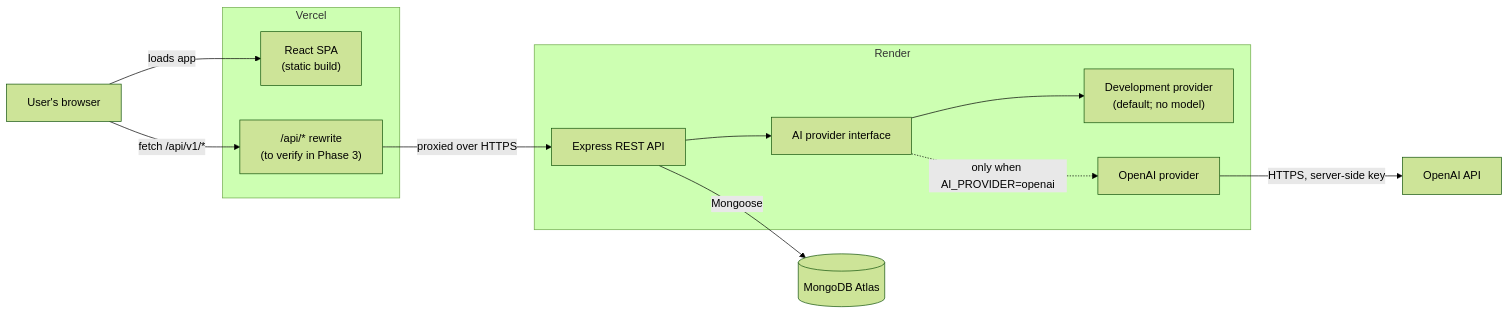
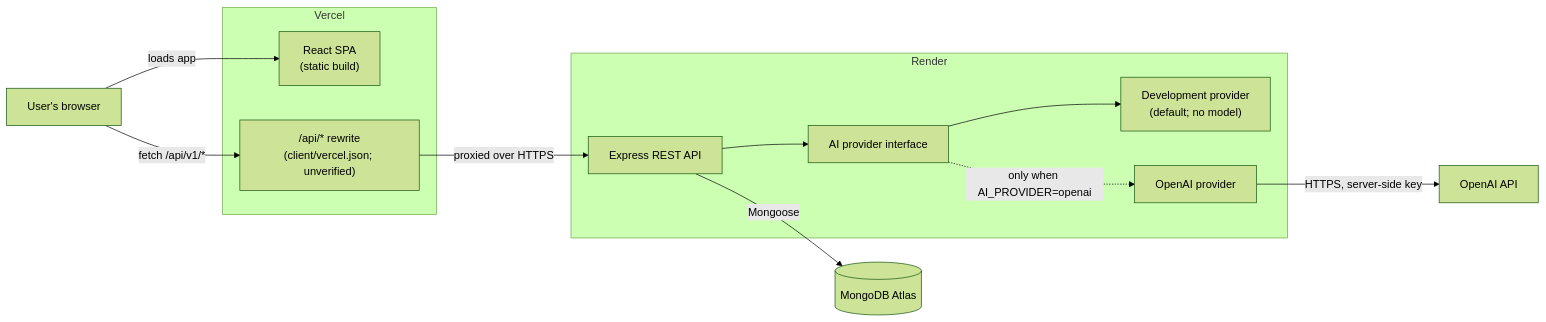
One commit to sudhanshuthakur108-cpu/opspilot-ai changed the first of 2 diagrams in docs/ARCHITECTURE.md. Above: the diagram before and after it, drawn with Mermaid (forest theme). The commit also changed other lines of this file and 15 other files, not shown here.

````diff
--- a/docs/ARCHITECTURE.md
+++ b/docs/ARCHITECTURE.md
@@ -16,28 +16,28 @@
 ```mermaid
 flowchart LR
     user["User's browser"]
 
     subgraph vercel["Vercel"]
         spa["React SPA<br/>(static build)"]
-        rewrite["/api/* rewrite<br/>(to verify in Phase 3)"]
+        rewrite["/api/* rewrite<br/>(client/vercel.json; unverified)"]
     end
 
     subgraph render["Render"]
         api["Express REST API"]
         aiif["AI provider interface"]
         dev["Development provider<br/>(default; no model)"]
         oai["OpenAI provider"]
     end
 
     db[("MongoDB Atlas")]
     openai["OpenAI API"]
 
     user -->|"loads app"| spa
     user -->|"fetch /api/v1/*"| rewrite
     rewrite -->|"proxied over HTTPS"| api
     api -->|"Mongoose"| db
     api --> aiif
     aiif --> dev
     aiif -.->|"only when AI_PROVIDER=openai"| oai
     oai -->|"HTTPS, server-side key"| openai
 ```
````
